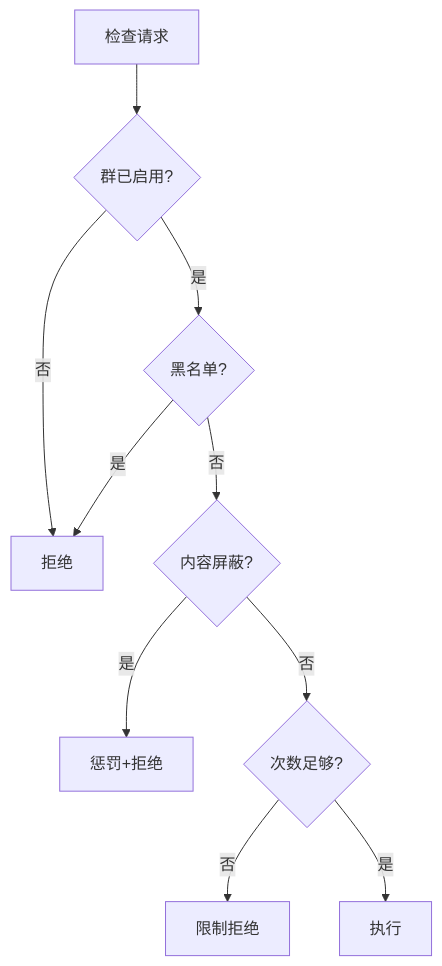
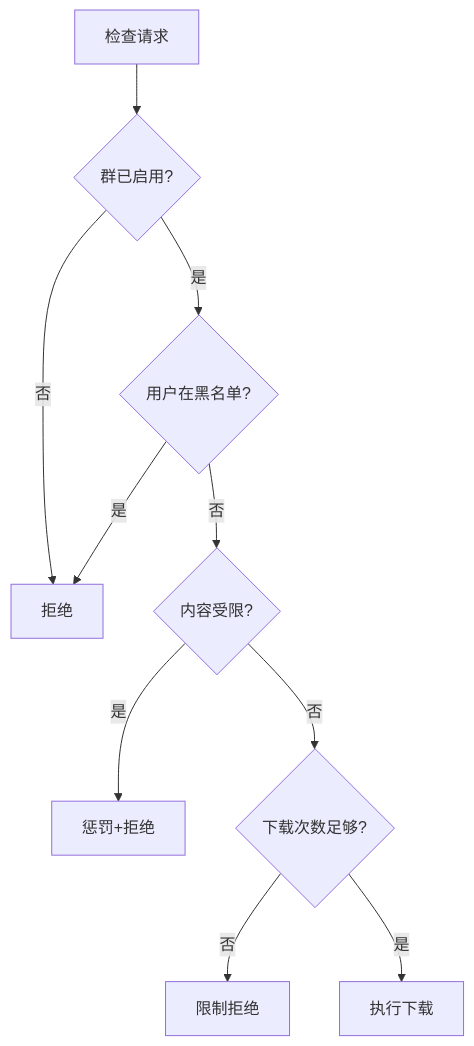
One commit to Misty02600/nonebot-plugin-jmdownloader changed the second of 2 diagrams in memory-bank/systemPatterns.md. Above: the diagram before and after it, drawn with Mermaid. The commit also changed other lines of this file and 57 other files, not shown here.

````diff
--- a/memory-bank/systemPatterns.md
+++ b/memory-bank/systemPatterns.md
@@ -74,12 +412,12 @@
 ```mermaid
 flowchart TD
     Check[检查请求] --> G{群已启用?}
     G -->|否| Reject[拒绝]
-    G -->|是| B{黑名单?}
+    G -->|是| B{用户在黑名单?}
     B -->|是| Reject
-    B -->|否| C{内容屏蔽?}
+    B -->|否| C{内容受限?}
     C -->|是| Punish[惩罚+拒绝]
-    C -->|否| L{次数足够?}
+    C -->|否| L{下载次数足够?}
     L -->|否| LimitReject[限制拒绝]
-    L -->|是| Execute[执行]
+    L -->|是| Execute[执行下载]
 ```
````
